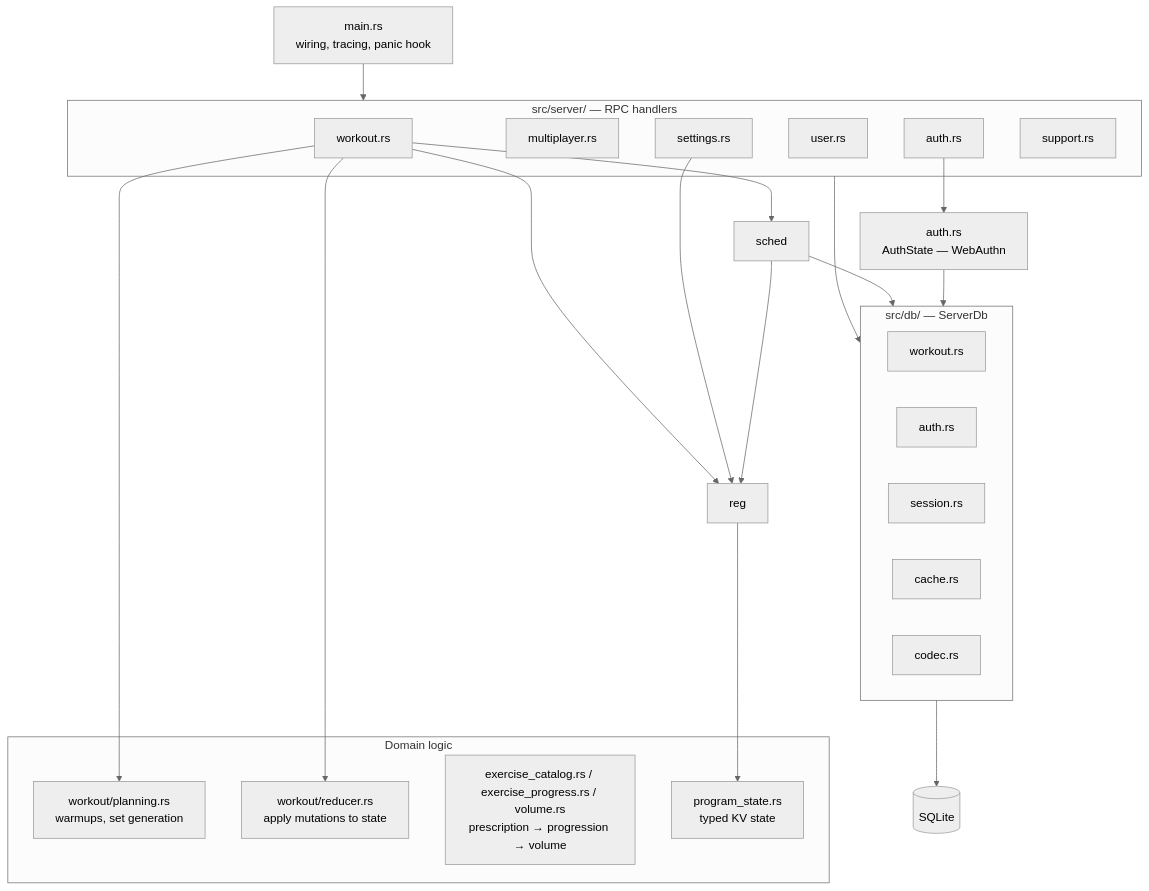
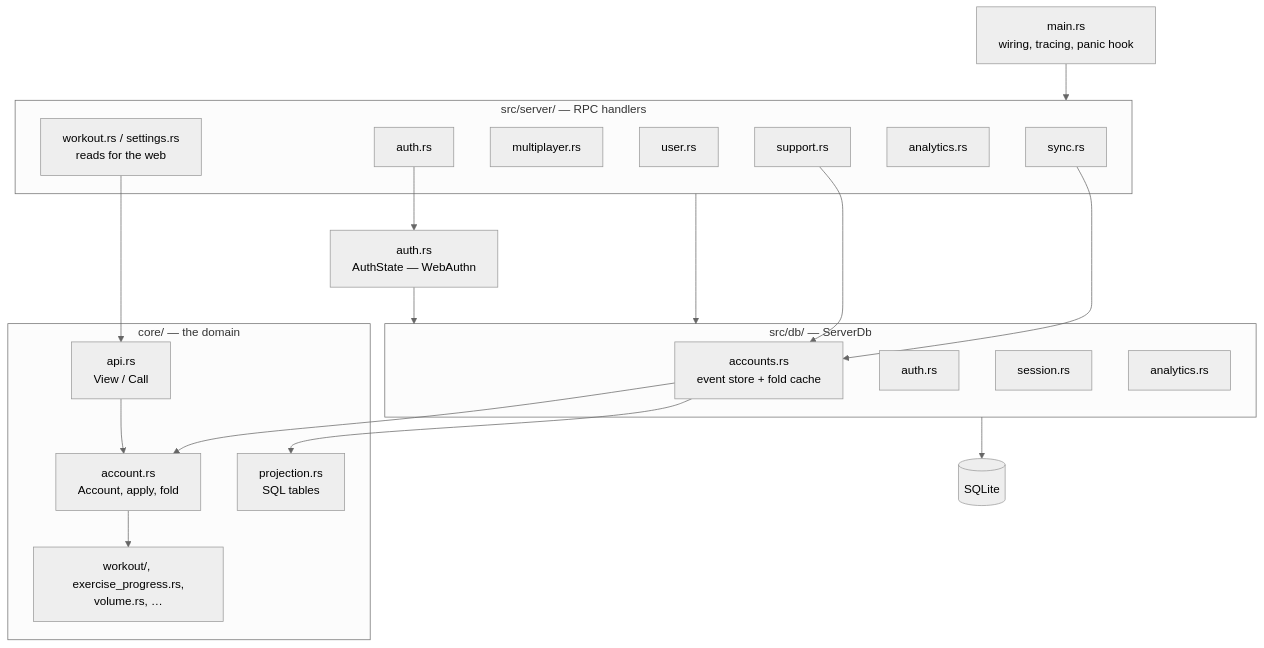
Before and after one commit to brensch/lift: the first of 3 diagrams in docs/architecture/backend.md, drawn with Mermaid (neutral theme). The commit also changed other lines of this file and 214 other files, not shown here.

````diff
--- a/docs/architecture/backend.md
+++ b/docs/architecture/backend.md
@@ -8,45 +11,44 @@
 ```mermaid
 graph TD
     main["main.rs<br/>wiring, tracing, panic hook"]
 
     subgraph svc["src/server/ — RPC handlers"]
-        w["workout.rs"]
+        sy["sync.rs"]
+        w["workout.rs / settings.rs<br/>reads for the web"]
         mp["multiplayer.rs"]
-        st["settings.rs"]
         us["user.rs"]
         au["auth.rs"]
+        an["analytics.rs"]
         su["support.rs"]
     end
 
-    subgraph domain["Domain logic"]
-        plan["workout/planning.rs<br/>warmups, set generation"]
-        red["workout/reducer.rs<br/>apply mutations to state"]
-        engine["exercise_catalog.rs / exercise_progress.rs / volume.rs<br/>prescription → progression → volume"]
-        ps["program_state.rs<br/>typed KV state"]
+    subgraph core["core/ — the domain"]
+        acc["account.rs<br/>Account, apply, fold"]
+        api["api.rs<br/>View / Call"]
+        proj["projection.rs<br/>SQL tables"]
+        rules["workout/, exercise_progress.rs,<br/>volume.rs, …"]
     end
 
     subgraph data["src/db/ — ServerDb"]
-        dbw["workout.rs"]
-        dba["auth.rs"]
-        dbs["session.rs"]
-        dbc["cache.rs"]
-        dbcodec["codec.rs"]
+        dacc["accounts.rs<br/>event store + fold cache"]
+        dauth["auth.rs"]
+        dses["session.rs"]
+        dan["analytics.rs"]
     end
 
     authst["auth.rs<br/>AuthState — WebAuthn"]
     sqlite[("SQLite")]
 
     main --> svc
-    w --> plan
-    w --> red
-    w --> sched
-    w --> reg
-    st --> reg
-    sched --> reg
-    reg --> ps
+    sy --> dacc
+    w --> api
+    su --> dacc
+    dacc --> acc
+    dacc --> proj
+    acc --> rules
+    api --> acc
     au --> authst
     svc --> data
-    sched --> data
     authst --> data
     data --> sqlite
 ```
````
